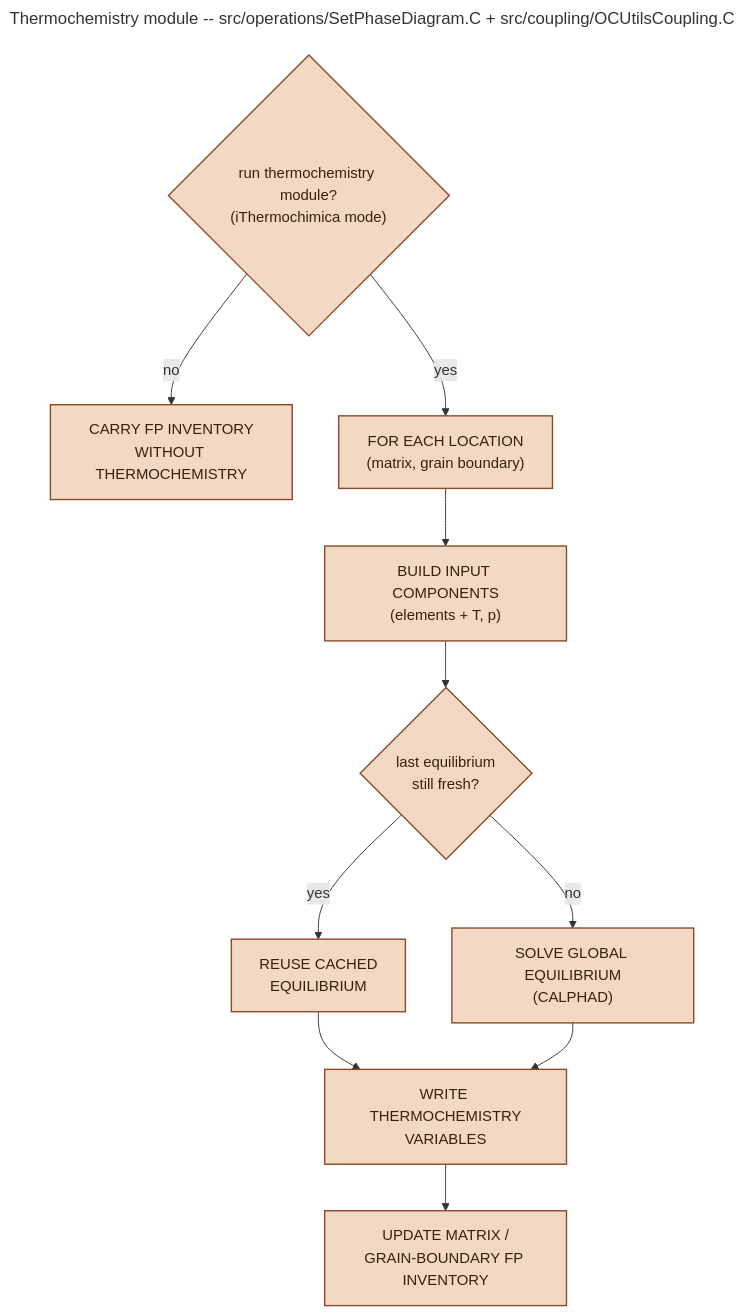
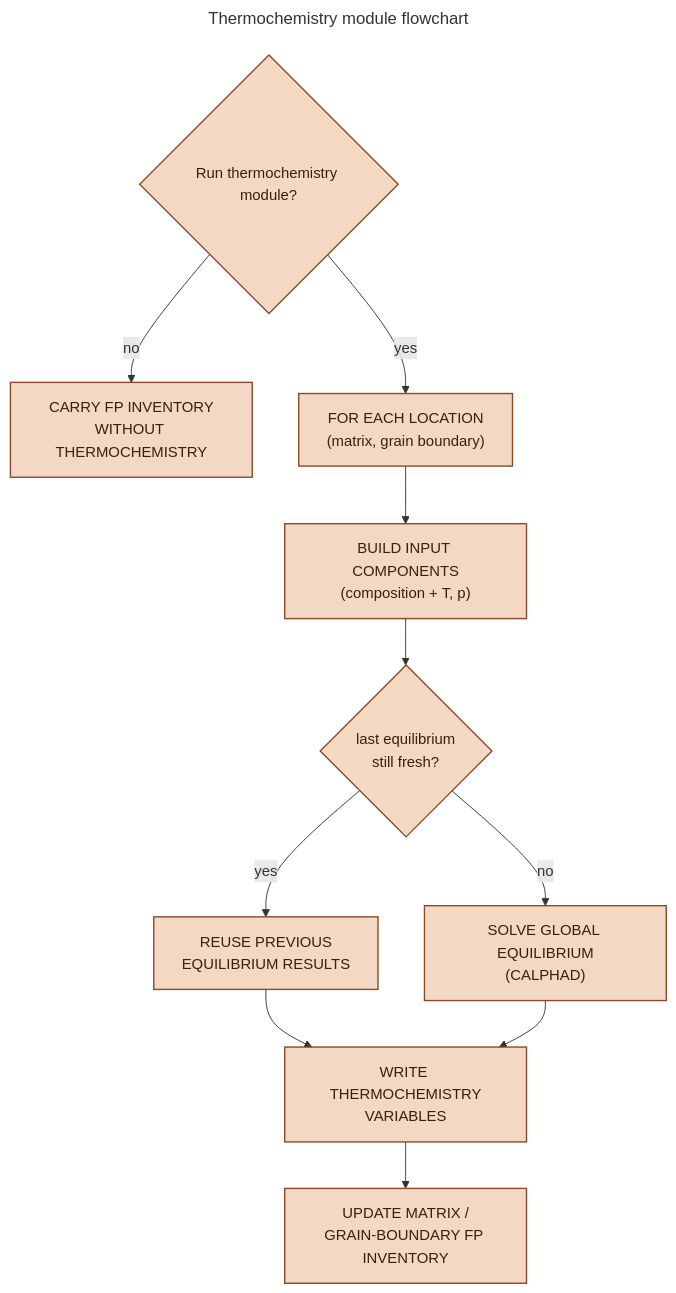
Before and after one commit to sciantix/sciantix-official: the diagram in utilities/workflow/OCcoupling.mmd, drawn with Mermaid. The commit also changed 157 other files, not shown here.

```diff
--- a/utilities/workflow/OCcoupling.mmd
+++ b/utilities/workflow/OCcoupling.mmd
@@ -1,22 +1,22 @@
----
-title: "Thermochemistry module -- src/operations/SetPhaseDiagram.C + src/coupling/OCUtilsCoupling.C"
----
-flowchart TB
-    O1{"run thermochemistry module?<br/>(iThermochimica mode)"}
-    Oskip["CARRY FP INVENTORY<br/>WITHOUT THERMOCHEMISTRY"]
-    O2["FOR EACH LOCATION<br/>(matrix, grain boundary)"]
-    O3["BUILD INPUT COMPONENTS<br/>(elements + T, p)"]
-    O4{"last equilibrium<br/>still fresh?"}
-    O5["REUSE CACHED<br/>EQUILIBRIUM"]
-    O6["SOLVE GLOBAL EQUILIBRIUM<br/>(CALPHAD)"]
-    O7["WRITE THERMOCHEMISTRY<br/>VARIABLES"]
-    O8["UPDATE MATRIX /<br/>GRAIN-BOUNDARY FP INVENTORY"]
+    ---
+    title: Thermochemistry module flowchart
+    ---
+    flowchart TB
+        O1{"Run thermochemistry module?"}
+        Oskip["CARRY FP INVENTORY<br/>WITHOUT THERMOCHEMISTRY"]
+        O2["FOR EACH LOCATION<br/>(matrix, grain boundary)"]
+        O3["BUILD INPUT COMPONENTS<br/>(composition + T, p)"]
+        O4{"last equilibrium<br/>still fresh?"}
+        O5["REUSE PREVIOUS<br/>EQUILIBRIUM RESULTS"]
+        O6["SOLVE GLOBAL EQUILIBRIUM<br/>(CALPHAD)"]
+        O7["WRITE THERMOCHEMISTRY<br/>VARIABLES"]
+        O8["UPDATE MATRIX /<br/>GRAIN-BOUNDARY FP INVENTORY"]
 
-    O1 -- no --> Oskip
-    O1 -- yes --> O2 --> O3 --> O4
-    O4 -- yes --> O5 --> O7
-    O4 -- no --> O6 --> O7
-    O7 --> O8
+        O1 -- no --> Oskip
+        O1 -- yes --> O2 --> O3 --> O4
+        O4 -- yes --> O5 --> O7
+        O4 -- no --> O6 --> O7
+        O7 --> O8
 
-    classDef simOc fill:#F3D9C4,stroke:#8A4A2A,stroke-width:1.5px,color:#3a1f0d;
-    class O1,Oskip,O2,O3,O4,O5,O6,O7,O8 simOc;
+        classDef simOc fill:#F3D9C4,stroke:#8A4A2A,stroke-width:1.5px,color:#3a1f0d;
+        class O1,Oskip,O2,O3,O4,O5,O6,O7,O8 simOc;
```
